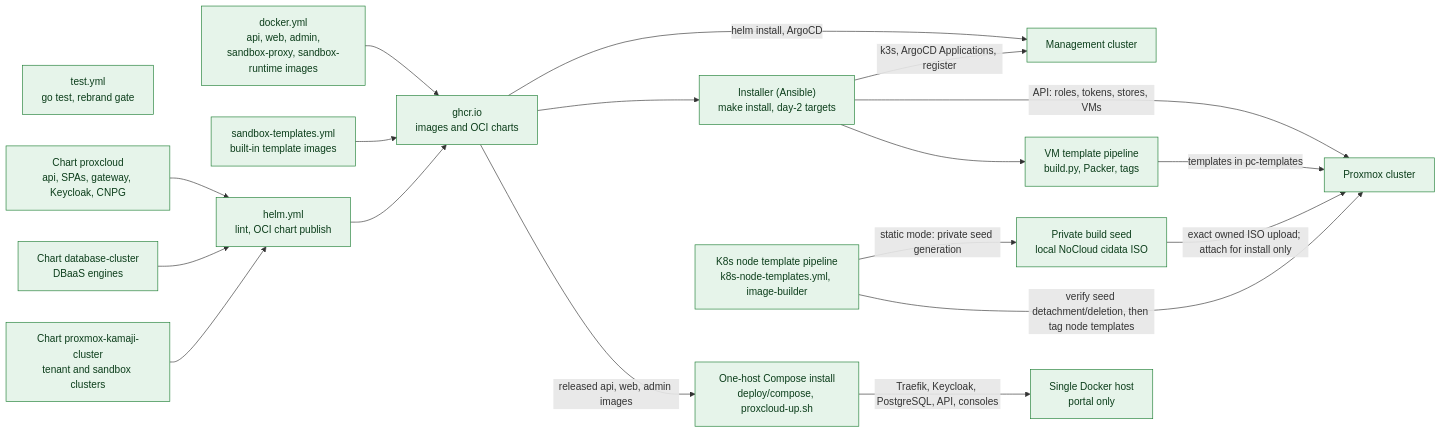
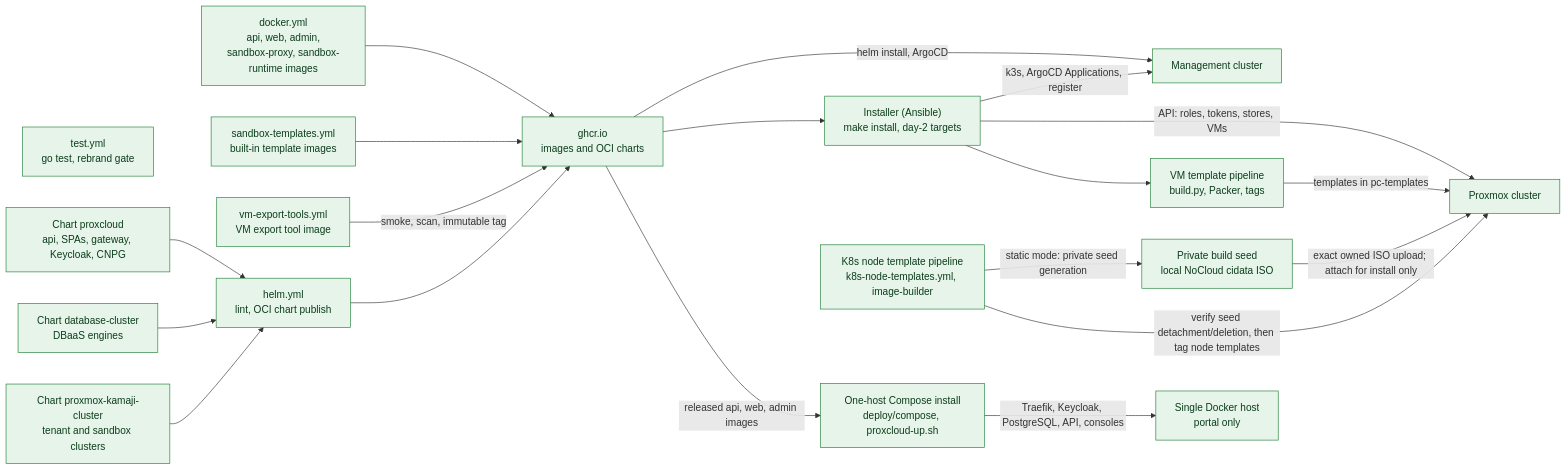
The third of 3 diagrams in docs/architecture/c4/c2-containers.md (mutex-solutions/proxcloud), drawn with Mermaid before and after one commit. The commit also changed other lines of this file and 8 other files, not shown here.

First line of the commit message:
ci(images): build vm export tool image

````diff
--- a/docs/architecture/c4/c2-containers.md
+++ b/docs/architecture/c4/c2-containers.md
@@ -224,40 +224,42 @@
 ```mermaid
 flowchart LR
   classDef impl fill:#e6f4ea,stroke:#1e7e34,color:#0b3d1a
   classDef planned fill:#f2f2f2,stroke:#8a8a8a,stroke-dasharray:5 5,color:#555555
 
   test["test.yml<br/>go test, rebrand gate"]:::impl
   docker["docker.yml<br/>api, web, admin,<br/>sandbox-proxy, sandbox-runtime images"]:::impl
   sbxt["sandbox-templates.yml<br/>built-in template images"]:::impl
+  vmtools["vm-export-tools.yml<br/>VM export tool image"]:::impl
   helm["helm.yml<br/>lint, OCI chart publish"]:::impl
   ghcr["ghcr.io<br/>images and OCI charts"]:::impl
   chart["Chart proxcloud<br/>api, SPAs, gateway, Keycloak, CNPG"]:::impl
   dbchart["Chart database-cluster<br/>DBaaS engines"]:::impl
   k8schart["Chart proxmox-kamaji-cluster<br/>tenant and sandbox clusters"]:::impl
   inst["Installer (Ansible)<br/>make install, day-2 targets"]:::impl
   compose["One-host Compose install<br/>deploy/compose, proxcloud-up.sh"]:::impl
   host["Single Docker host<br/>portal only"]:::impl
   vmt["VM template pipeline<br/>build.py, Packer, tags"]:::impl
   k8st["K8s node template pipeline<br/>k8s-node-templates.yml, image-builder"]:::impl
   k8sseed["Private build seed<br/>local NoCloud cidata ISO"]:::impl
   mgmt["Management cluster"]:::impl
   pve["Proxmox cluster"]:::impl
 
   docker --> ghcr
   sbxt --> ghcr
+  vmtools -->|"smoke, scan, immutable tag"| ghcr
   helm --> ghcr
   chart --> helm
   dbchart --> helm
   k8schart --> helm
   ghcr -->|"helm install, ArgoCD"| mgmt
   ghcr --> inst
   ghcr -->|"released api, web, admin images"| compose
   compose -->|"Traefik, Keycloak, PostgreSQL, API, consoles"| host
   inst -->|"k3s, ArgoCD Applications, register"| mgmt
   inst -->|"API: roles, tokens, stores, VMs"| pve
   inst --> vmt
   vmt -->|"templates in pc-templates"| pve
   k8st -->|"static mode: private seed generation"| k8sseed
   k8sseed -->|"exact owned ISO upload; attach for install only"| pve
   k8st -->|"verify seed detachment/deletion, then tag node templates"| pve
 ```
````
